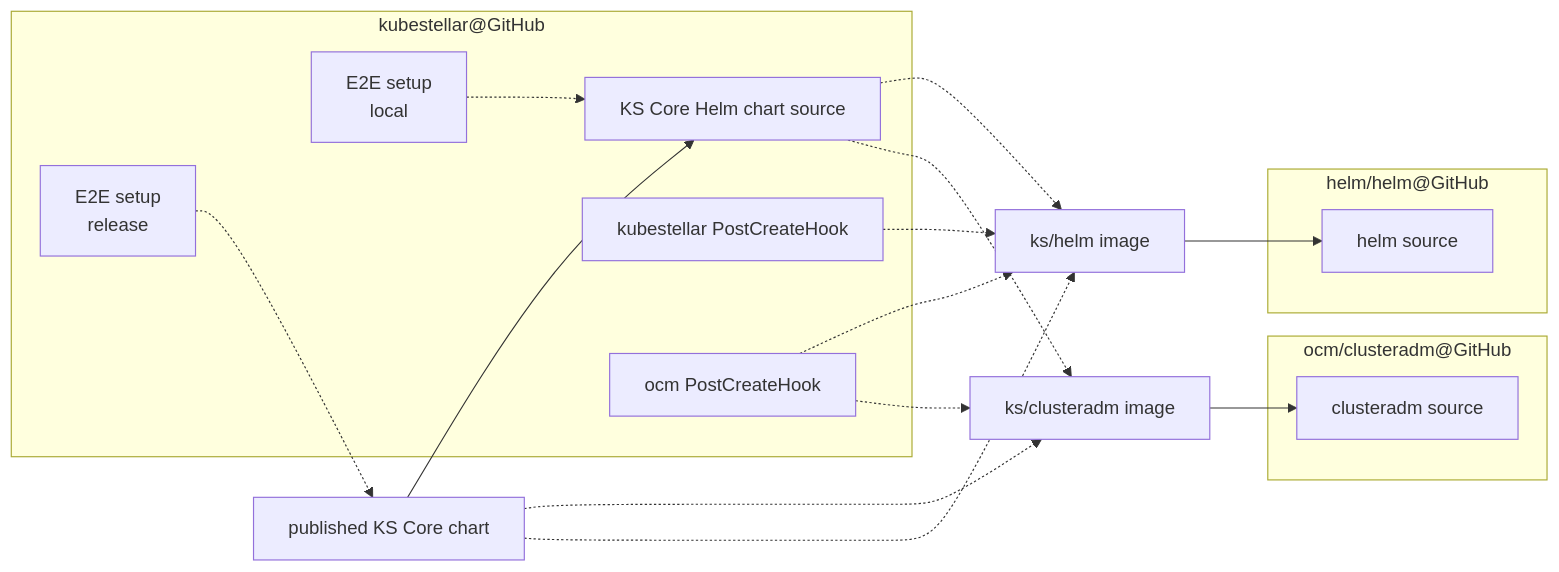
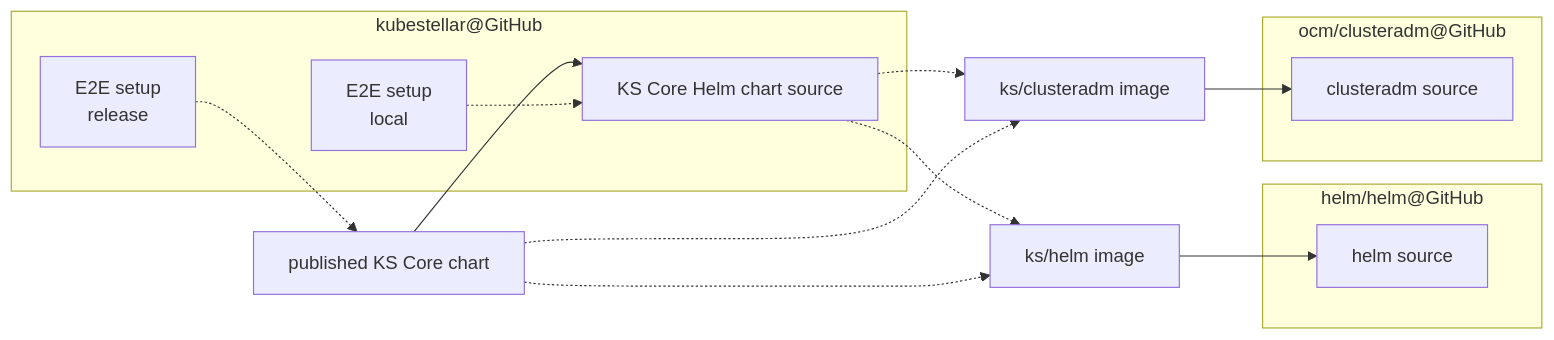
One commit to kubestellar/kubestellar changed the fourth of 5 diagrams in docs/content/direct/packaging.md. Above: the diagram before and after it, drawn with Mermaid. The commit also changed other lines of this file and 3 other files, not shown here.

Commit message:
Delete unused PCHs, undoc unused Helm charts

````diff
--- a/docs/content/direct/packaging.md
+++ b/docs/content/direct/packaging.md
@@ -127,28 +114,23 @@
 ```mermaid
 flowchart LR
     subgraph helm_repo["helm/helm@GitHub"]
     helm_src["helm source"]
     end
     subgraph cladm_repo["ocm/clusteradm@GitHub"]
     cladm_src["clusteradm source"]
     end
     subgraph ks_repo["kubestellar@GitHub"]
     ksc_hc_src[KS Core Helm chart source]
-    ks_pch[kubestellar PostCreateHook]
-    ocm_pch["ocm PostCreateHook"]
     e2e_local["E2E setup<br>local"]
     e2e_release["E2E setup<br>release"]
     end
     helm_image["ks/helm image"] --> helm_src
     cladm_image["ks/clusteradm image"] --> cladm_src
-    ocm_pch -.-> helm_image
-    ocm_pch -.-> cladm_image
-    ks_pch -.-> helm_image
     ksc_hc_repo[published KS Core chart] --> ksc_hc_src
     ksc_hc_src -.-> helm_image
     ksc_hc_src -.-> cladm_image
     ksc_hc_repo -.-> cladm_image
     ksc_hc_repo -.-> helm_image
     e2e_local -.-> ksc_hc_src
     e2e_release -.-> ksc_hc_repo
 ```
````
